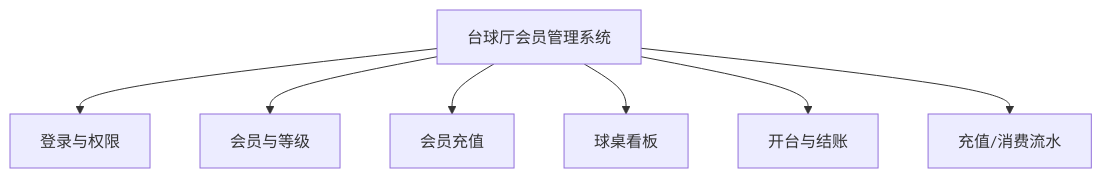
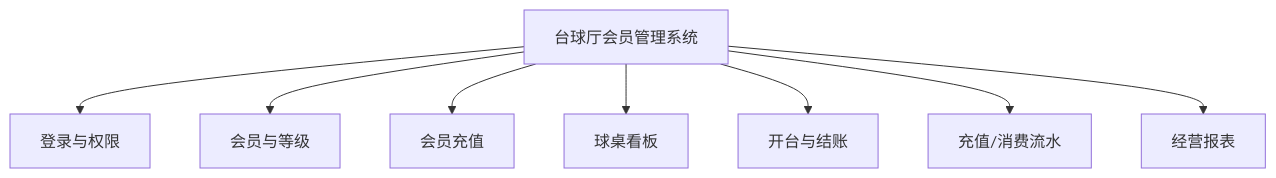
One commit to IniJyou/billiard-club changed the third of 6 diagrams in docs/详细设计说明书.md. Above: the diagram before and after it, drawn with Mermaid. The commit also changed other lines of this file and 49 other files, not shown here.

````diff
--- a/docs/详细设计说明书.md
+++ b/docs/详细设计说明书.md
@@ -190,10 +190,11 @@
 ```mermaid
 flowchart TB
     SYS[台球厅会员管理系统]
     SYS --> AUTH[登录与权限]
     SYS --> MEMBER[会员与等级]
     SYS --> RECHARGE[会员充值]
     SYS --> TABLE[球桌看板]
     SYS --> BILLING[开台与结账]
     SYS --> RECORD[充值/消费流水]
+    SYS --> REPORT[经营报表]
 ```
````
